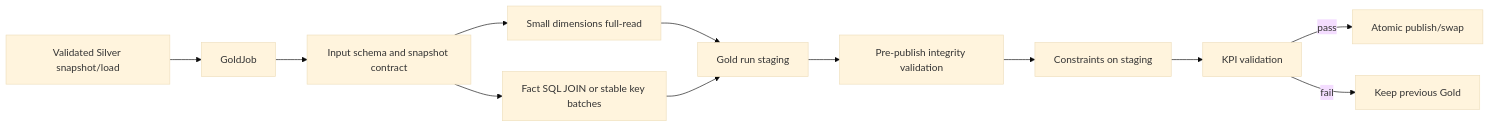
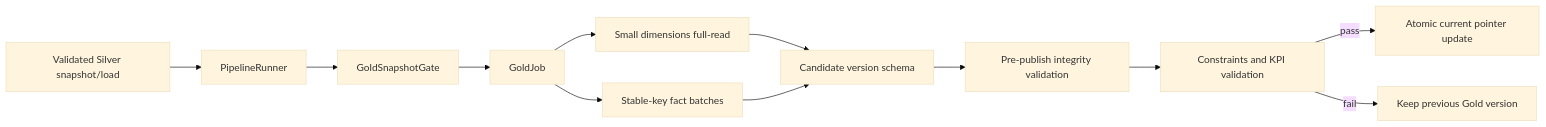
The diagram in docs/ToDoCheckList/Phase_4_Review&Enhance_Code/phase4d_goldlayer_execution.md (helios-2k6/AdventureWorks-Analytics-Platform), drawn with Mermaid (base theme) before and after one commit. The commit also changed other lines of this file and 4 other files, not shown here.

````diff
--- a/docs/ToDoCheckList/Phase_4_Review&Enhance_Code/phase4d_goldlayer_execution.md
+++ b/docs/ToDoCheckList/Phase_4_Review&Enhance_Code/phase4d_goldlayer_execution.md
@@ -66,14 +111,14 @@
 ```mermaid
 flowchart LR
-    A[Validated Silver snapshot/load] --> B[GoldJob]
-    B --> C[Input schema and snapshot contract]
-    C --> D[Small dimensions full-read]
-    C --> E[Fact SQL JOIN or stable key batches]
-    D --> F[Gold run staging]
-    E --> F
-    F --> G[Pre-publish integrity validation]
-    G --> H[Constraints on staging]
-    H --> I[KPI validation]
-    I -->|pass| J[Atomic publish/swap]
-    I -->|fail| K[Keep previous Gold]
+    A[Validated Silver snapshot/load] --> B[PipelineRunner]
+    B --> C[GoldSnapshotGate]
+    C --> D[GoldJob]
+    D --> E[Small dimensions full-read]
+    D --> F[Stable-key fact batches]
+    E --> G[Candidate version schema]
+    F --> G
+    G --> H[Pre-publish integrity validation]
+    H --> I[Constraints and KPI validation]
+    I -->|pass| J[Atomic current pointer update]
+    I -->|fail| K[Keep previous Gold version]
 ```
````
